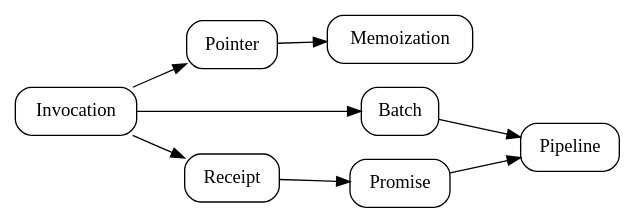
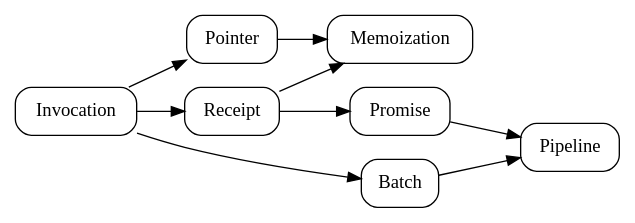
The diagram in diagrams/concepts.dot (ucan-wg/invocation), drawn with Graphviz before and after one commit.

Commit message:
One more try

```diff
--- a/diagrams/concepts.dot
+++ b/diagrams/concepts.dot
@@ -1,12 +1,13 @@
 digraph {
     rankdir="LR"
 
     node [
       style=rounded
       shape=box
     ]
 
     Invocation -> Pointer -> Memoization
+    Receipt -> Memoization
+    Invocation -> Receipt -> Promise -> Pipeline
     Invocation -> Batch -> Pipeline
-    Invocation -> Receipt -> Promise -> Pipeline
 }
```
